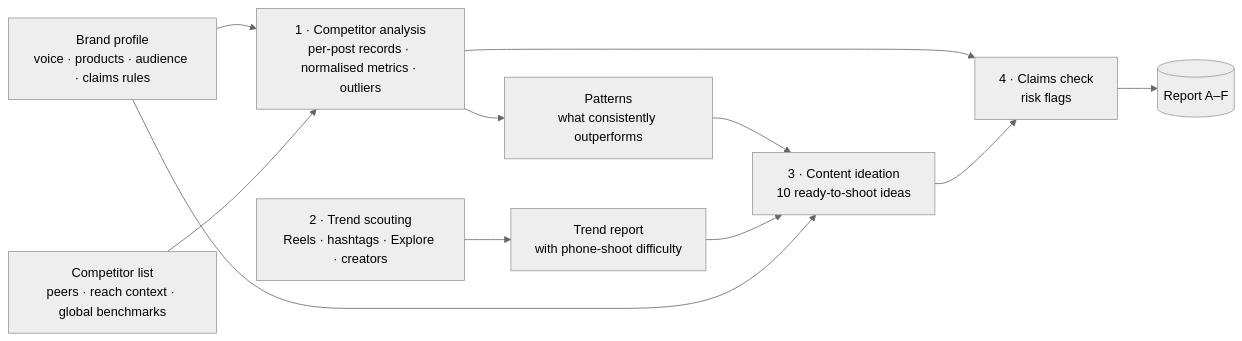
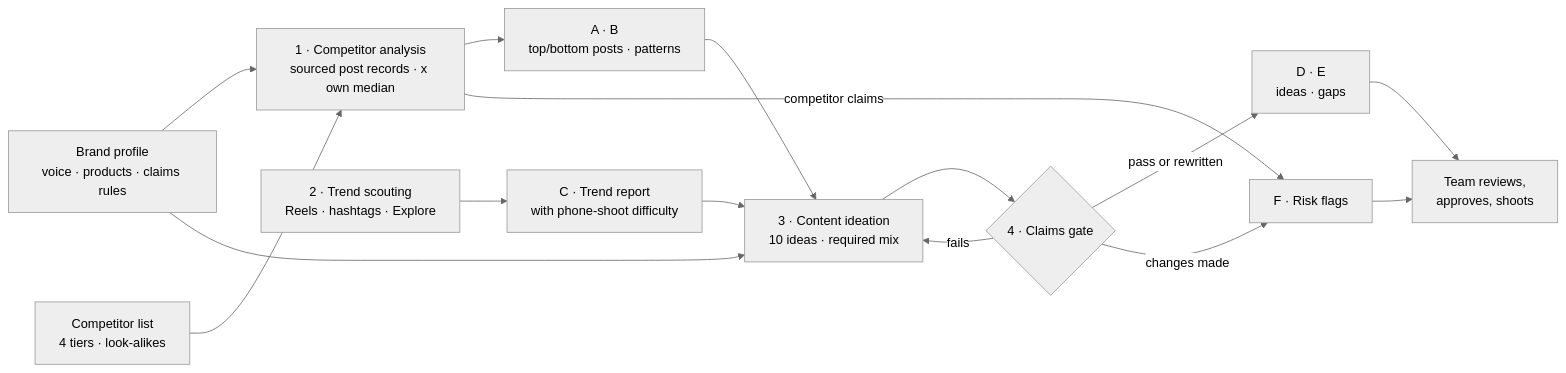
Before and after one commit to aswin-a/instagram-content-intelligence-agent: the diagram in README.md, drawn with Mermaid (neutral theme). The commit also changed other lines of this file and 1 other file, not shown here.

First line of the commit message:
readme: rework first screen; report skeleton shows sources, gate, coverage

````diff
--- a/README.md
+++ b/README.md
@@ -22,13 +18,17 @@
 ```mermaid
 flowchart LR
-    BP[Brand profile<br/>voice · products · audience · claims rules] --> CA
-    CL[Competitor list<br/>peers · reach context · global benchmarks] --> CA
-    CA[1 · Competitor analysis<br/>per-post records · normalised metrics · outliers] --> P[Patterns<br/>what consistently outperforms]
-    TS[2 · Trend scouting<br/>Reels · hashtags · Explore · creators] --> TR[Trend report<br/>with phone-shoot difficulty]
-    P --> CI[3 · Content ideation<br/>10 ready-to-shoot ideas]
-    TR --> CI
+    BP[Brand profile<br/>voice · products · claims rules] --> CA
+    CL[Competitor list<br/>4 tiers · look-alikes] --> CA
+    CA[1 · Competitor analysis<br/>sourced post records · x own median] --> AB[A · B<br/>top/bottom posts · patterns]
+    TS[2 · Trend scouting<br/>Reels · hashtags · Explore] --> C[C · Trend report<br/>with phone-shoot difficulty]
+    AB --> CI[3 · Content ideation<br/>10 ideas · required mix]
+    C --> CI
     BP --> CI
-    CA --> CC[4 · Claims check<br/>risk flags]
-    CI --> CC
-    CC --> R[(Report A–F)]
+    CI --> G{4 · Claims gate}
+    G -- pass or rewritten --> DE[D · E<br/>ideas · gaps]
+    G -- fails --> CI
+    CA -- competitor claims --> F[F · Risk flags]
+    G -- changes made --> F
+    DE --> H[Team reviews,<br/>approves, shoots]
+    F --> H
 ```
````
